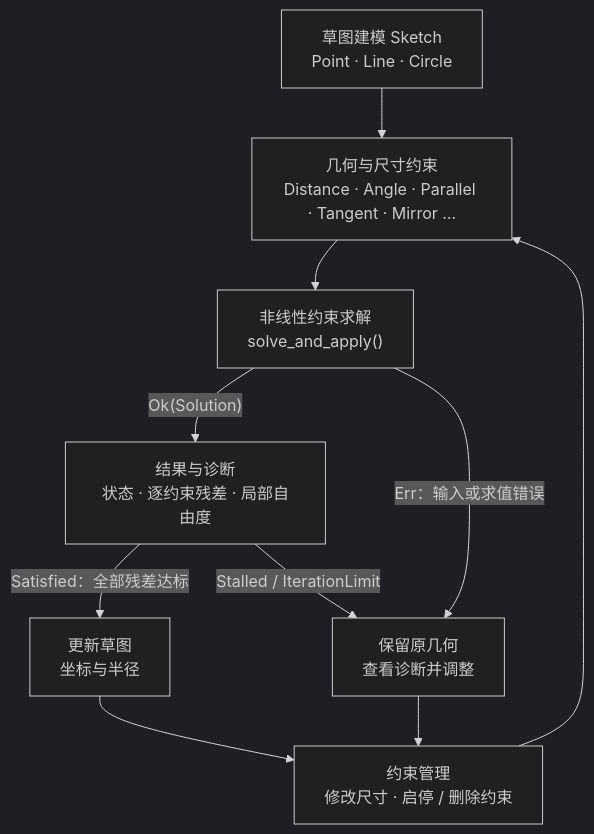
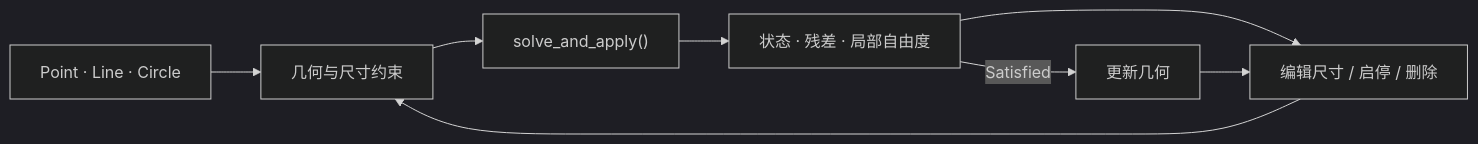
The diagram in README.md (mik1e80/MoonBit-CAD-), drawn with Mermaid (dark theme) before and after one commit. The commit also changed other lines of this file, not shown here.

````diff
--- a/README.md
+++ b/README.md
@@ -83,19 +71,10 @@
 ```mermaid
-flowchart TD
-    G["草图建模 Sketch<br/>Point · Line · Circle"]
-    C["几何与尺寸约束<br/>Distance · Angle · Parallel · Tangent · Mirror …"]
-    S["非线性约束求解<br/>solve_and_apply()"]
-    R["结果与诊断<br/>状态 · 逐约束残差 · 局部自由度"]
-    U["更新草图<br/>坐标与半径"]
-    K["保留原几何<br/>查看诊断并调整"]
-    E["约束管理<br/>修改尺寸 · 启停 / 删除约束"]
-
-    G --> C --> S
-    S -->|"Ok(Solution)"| R
-    S -->|"Err：输入或求值错误"| K
-    R -->|"Satisfied：全部残差达标"| U
-    R -->|"Stalled / IterationLimit"| K
+flowchart LR
+    G["Point · Line · Circle"] --> C["几何与尺寸约束"]
+    C --> S["solve_and_apply()"]
+    S --> R["状态 · 残差 · 局部自由度"]
+    R -->|"Satisfied"| U["更新几何"]
+    R --> E["编辑尺寸 / 启停 / 删除"]
     U --> E
-    K --> E
     E --> C
 ```
````
